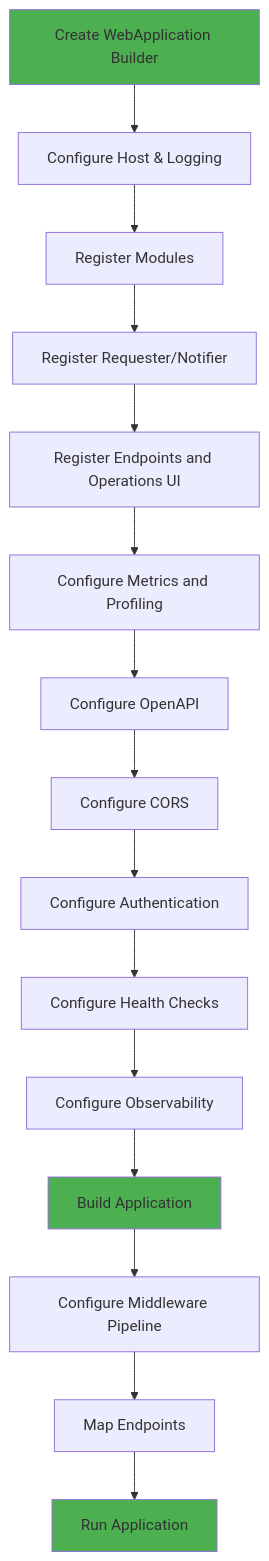
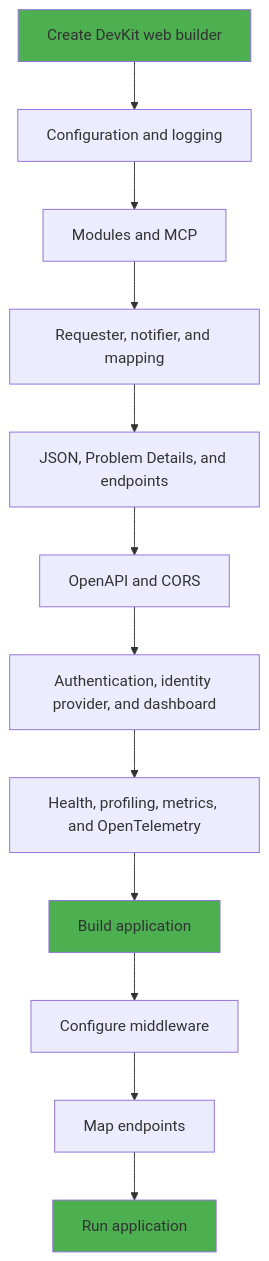
The tenth of 11 diagrams in README.md (BridgingIT-GmbH/bITdevKit.Examples.GettingStarted), drawn with Mermaid before and after one commit. The commit also changed other lines of this file, not shown here.

````diff
--- a/README.md
+++ b/README.md
@@ -707,21 +1046,18 @@
 ```mermaid
 graph TD
-    A[Create WebApplication Builder] --> B[Configure Host & Logging]
-    B --> C[Register Modules]
-    C --> D[Register Requester/Notifier]
-    D --> E[Register Endpoints and Operations UI]
-    E --> F[Configure Metrics and Profiling]
-    F --> G[Configure OpenAPI]
-    G --> H[Configure CORS]
-    H --> I[Configure Authentication]
-    I --> J[Configure Health Checks]
-    J --> K[Configure Observability]
-    K --> L[Build Application]
-    L --> M[Configure Middleware Pipeline]
-    M --> N[Map Endpoints]
-    N --> O[Run Application]
+    A[Create DevKit web builder] --> B[Configuration and logging]
+    B --> C[Modules and MCP]
+    C --> D[Requester, notifier, and mapping]
+    D --> E[JSON, Problem Details, and endpoints]
+    E --> F[OpenAPI and CORS]
+    F --> G[Authentication, identity provider, and dashboard]
+    G --> H[Health, profiling, metrics, and OpenTelemetry]
+    H --> I[Build application]
+    I --> J[Configure middleware]
+    J --> K[Map endpoints]
+    K --> L[Run application]
 
     style A fill:#4CAF50
+    style I fill:#4CAF50
     style L fill:#4CAF50
-    style O fill:#4CAF50
 ```
````
